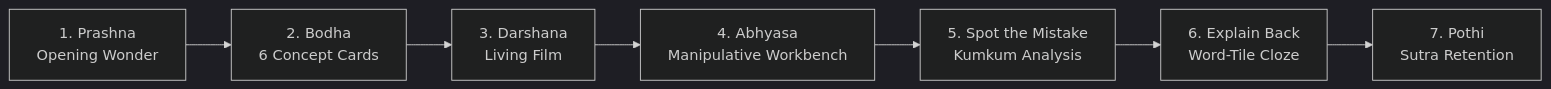
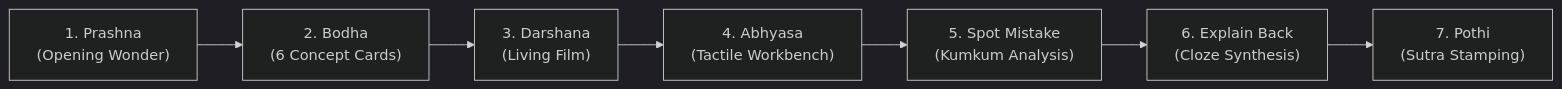
One commit to karthikwin-hub/learn-gpt-2.0 changed the first of 2 diagrams in README.md. Above: the diagram before and after it, drawn with Mermaid (dark theme). The commit also changed other lines of this file, not shown here.

Commit message:
docs: overhaul README with architecture, pedagogy, and 046 remediation standard

````diff
--- a/README.md
+++ b/README.md
@@ -46,9 +85,9 @@
 ```mermaid
 flowchart LR
-    A[1. Prashna<br/>Opening Wonder] --> B[2. Bodha<br/>6 Concept Cards]
-    B --> C[3. Darshana<br/>Living Film]
-    C --> D[4. Abhyasa<br/>Manipulative Workbench]
-    D --> E[5. Spot the Mistake<br/>Kumkum Analysis]
-    E --> F[6. Explain Back<br/>Word-Tile Cloze]
-    F --> G[7. Pothi<br/>Sutra Retention]
+    A["1. Prashna<br/>(Opening Wonder)"] --> B["2. Bodha<br/>(6 Concept Cards)"]
+    B --> C["3. Darshana<br/>(Living Film)"]
+    C --> D["4. Abhyasa<br/>(Tactile Workbench)"]
+    D --> E["5. Spot Mistake<br/>(Kumkum Analysis)"]
+    E --> F["6. Explain Back<br/>(Cloze Synthesis)"]
+    F --> G["7. Pothi<br/>(Sutra Stamping)"]
 ```
````
